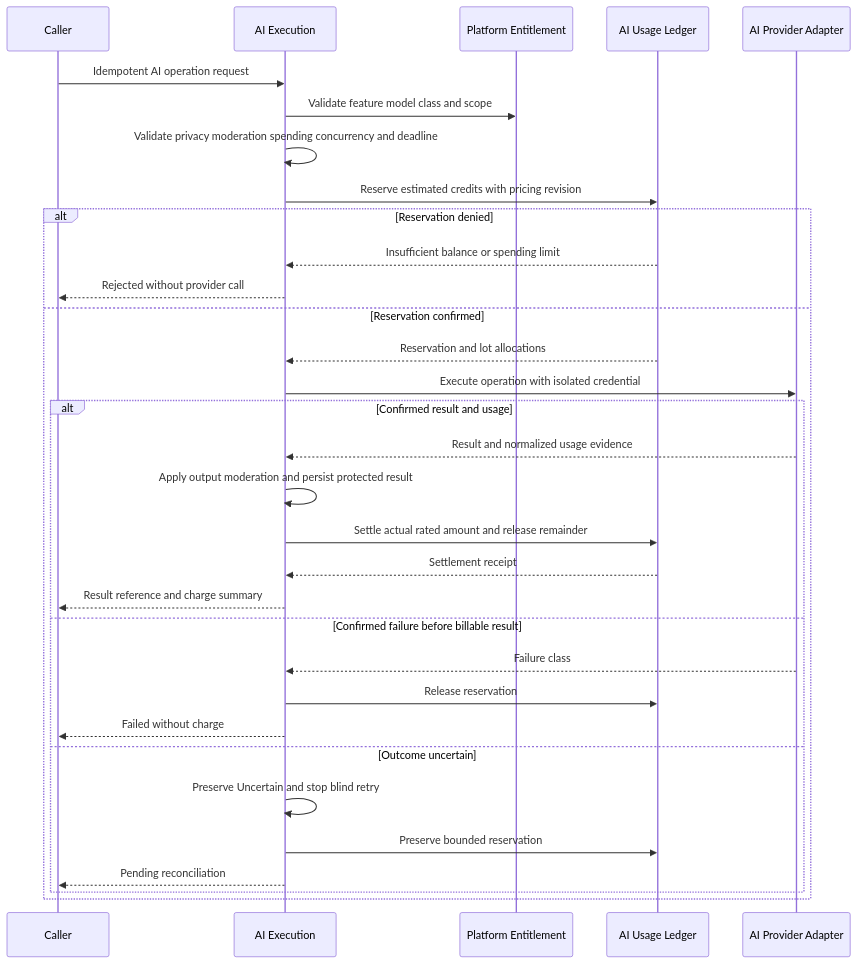
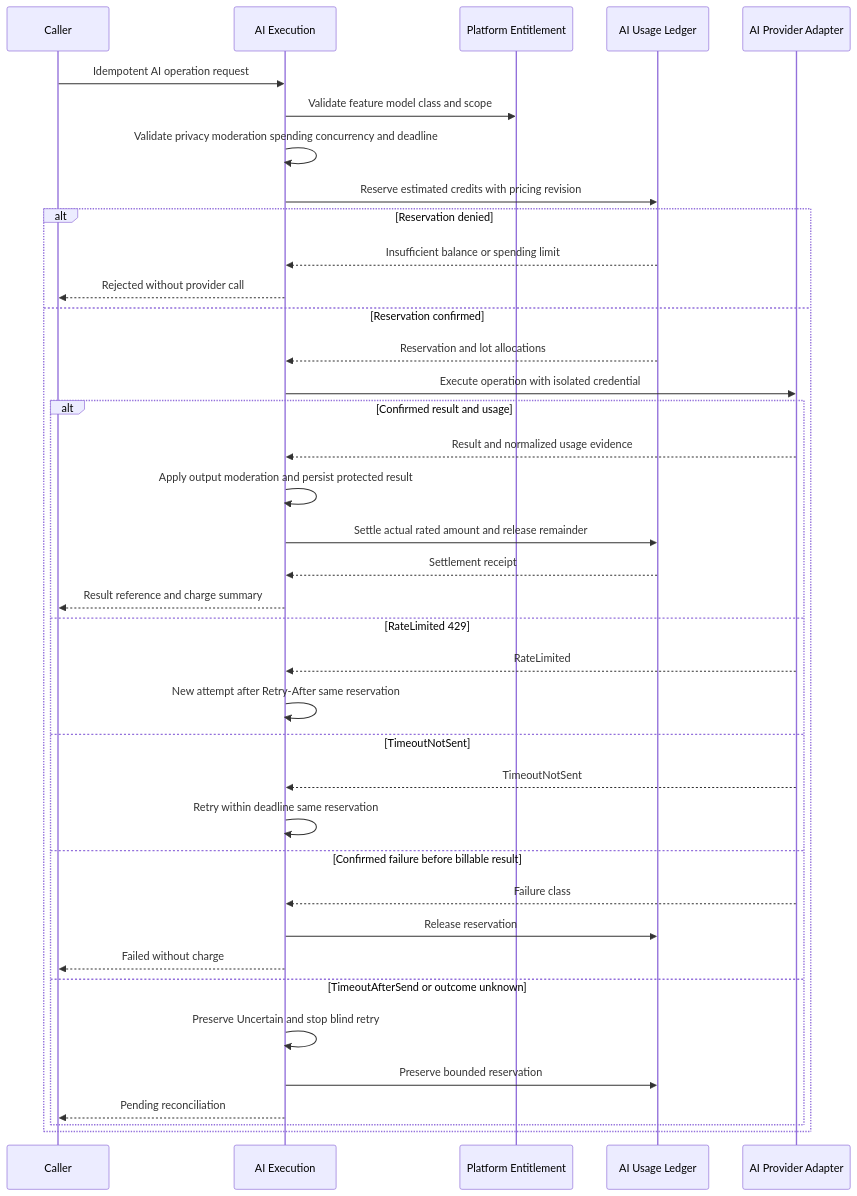
One commit to obsidia-systems/Discord-Bot-Open-Source changed diagram 51 of 54 in docs/architecture/04-runtime-flows.md. Above: the diagram before and after it, drawn with Mermaid. The commit also changed other lines of this file and 27 other files, not shown here.

First line of the commit message:
feat(architecture): add comprehensive architecture review documentation

````diff
--- a/docs/architecture/04-runtime-flows.md
+++ b/docs/architecture/04-runtime-flows.md
@@ -1750,35 +1882,41 @@
 ```mermaid
 sequenceDiagram
     participant Caller
     participant AI as AI Execution
     participant Entitlement as Platform Entitlement
     participant Ledger as AI Usage Ledger
     participant Provider as AI Provider Adapter
 
     Caller->>AI: Idempotent AI operation request
     AI->>Entitlement: Validate feature model class and scope
     AI->>AI: Validate privacy moderation spending concurrency and deadline
     AI->>Ledger: Reserve estimated credits with pricing revision
     alt Reservation denied
         Ledger-->>AI: Insufficient balance or spending limit
         AI-->>Caller: Rejected without provider call
     else Reservation confirmed
         Ledger-->>AI: Reservation and lot allocations
         AI->>Provider: Execute operation with isolated credential
         alt Confirmed result and usage
             Provider-->>AI: Result and normalized usage evidence
             AI->>AI: Apply output moderation and persist protected result
             AI->>Ledger: Settle actual rated amount and release remainder
             Ledger-->>AI: Settlement receipt
             AI-->>Caller: Result reference and charge summary
+        else RateLimited 429
+            Provider-->>AI: RateLimited
+            AI->>AI: New attempt after Retry-After same reservation
+        else TimeoutNotSent
+            Provider-->>AI: TimeoutNotSent
+            AI->>AI: Retry within deadline same reservation
         else Confirmed failure before billable result
             Provider-->>AI: Failure class
             AI->>Ledger: Release reservation
             AI-->>Caller: Failed without charge
-        else Outcome uncertain
+        else TimeoutAfterSend or outcome unknown
             AI->>AI: Preserve Uncertain and stop blind retry
             AI->>Ledger: Preserve bounded reservation
             AI-->>Caller: Pending reconciliation
         end
     end
 ```
````
